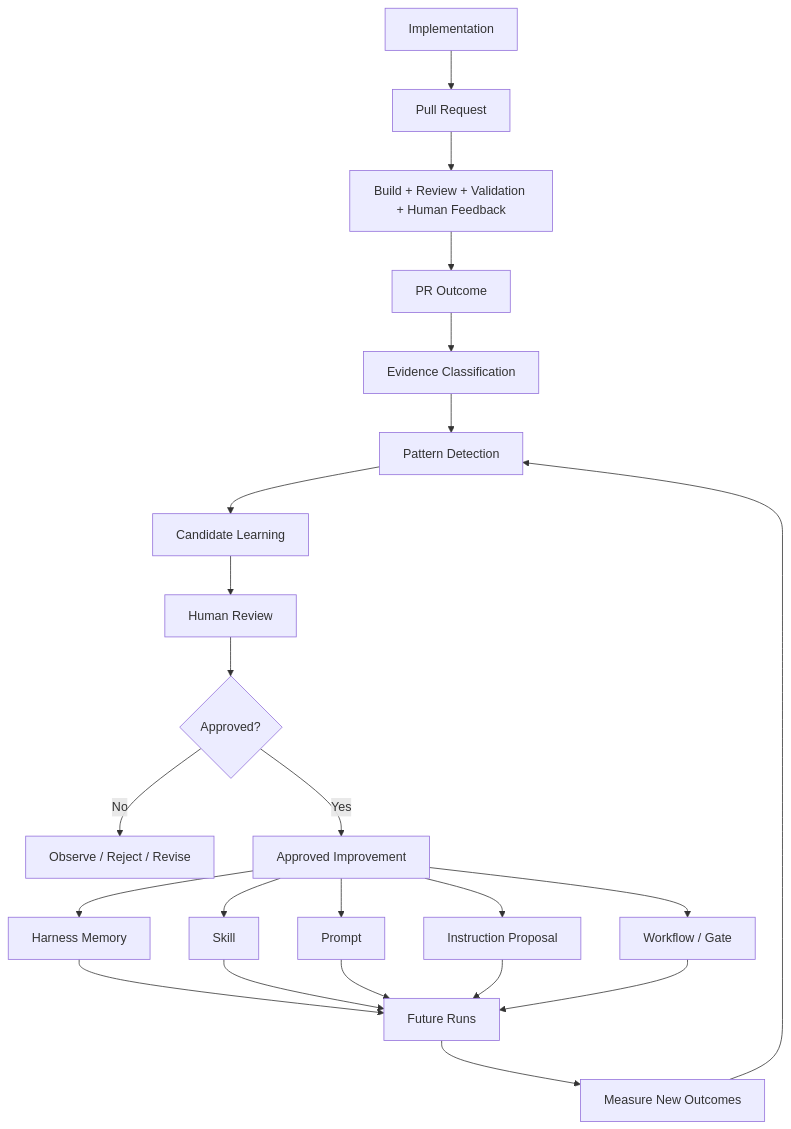
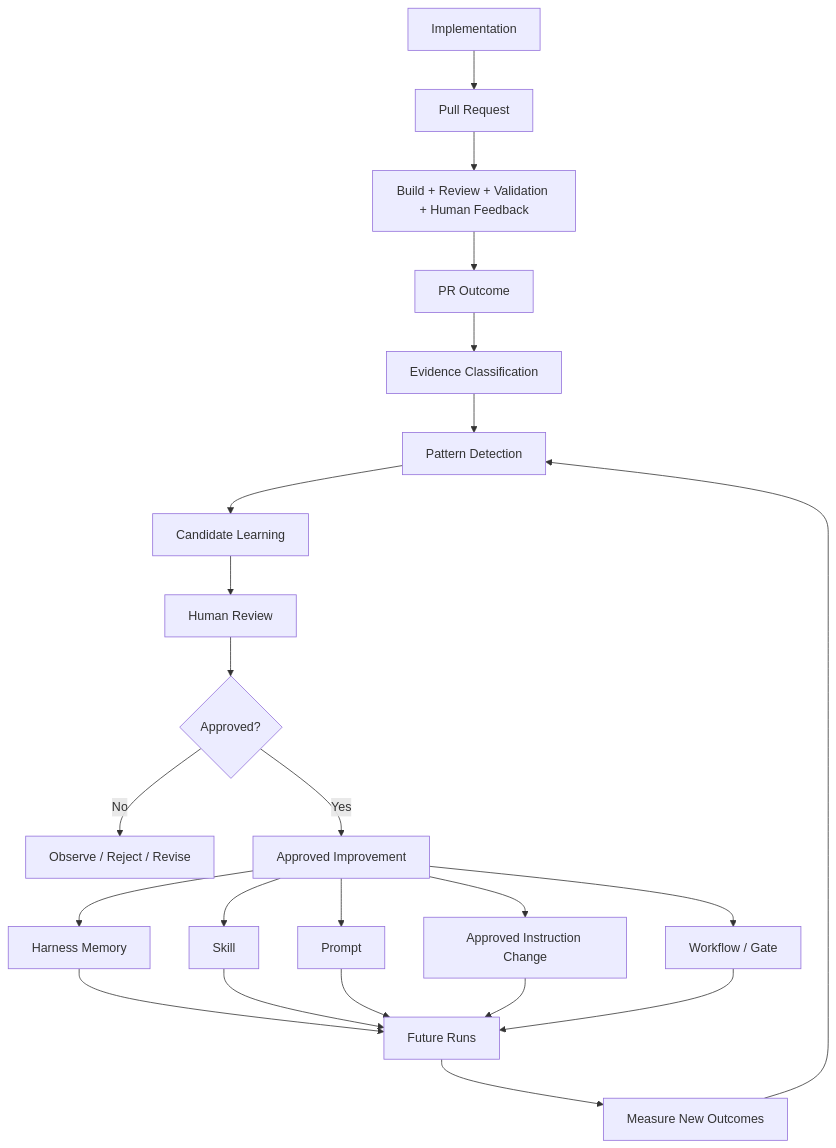
The fifth of 9 diagrams in book/40-learning-from-pull-requests.md (sheikh-zeeshan/Enterprise-AI-Engineering-Handbook), drawn with Mermaid before and after one commit. The commit also changed other lines of this file and 49 other files, not shown here.

````diff
--- a/book/40-learning-from-pull-requests.md
+++ b/book/40-learning-from-pull-requests.md
@@ -2035,29 +2359,29 @@
 ```mermaid
 flowchart TD
     A[Implementation] --> B[Pull Request]
     B --> C[Build + Review + Validation + Human Feedback]
     C --> D[PR Outcome]
     D --> E[Evidence Classification]
     E --> F[Pattern Detection]
     F --> G[Candidate Learning]
     G --> H[Human Review]
     H --> I{Approved?}
 
     I -->|No| J[Observe / Reject / Revise]
     I -->|Yes| K[Approved Improvement]
 
     K --> L[Harness Memory]
     K --> M[Skill]
     K --> N[Prompt]
-    K --> O[Instruction Proposal]
+    K --> O[Approved Instruction Change]
     K --> P[Workflow / Gate]
 
     L --> Q[Future Runs]
     M --> Q
     N --> Q
     O --> Q
     P --> Q
 
     Q --> R[Measure New Outcomes]
     R --> F
 ```
````
